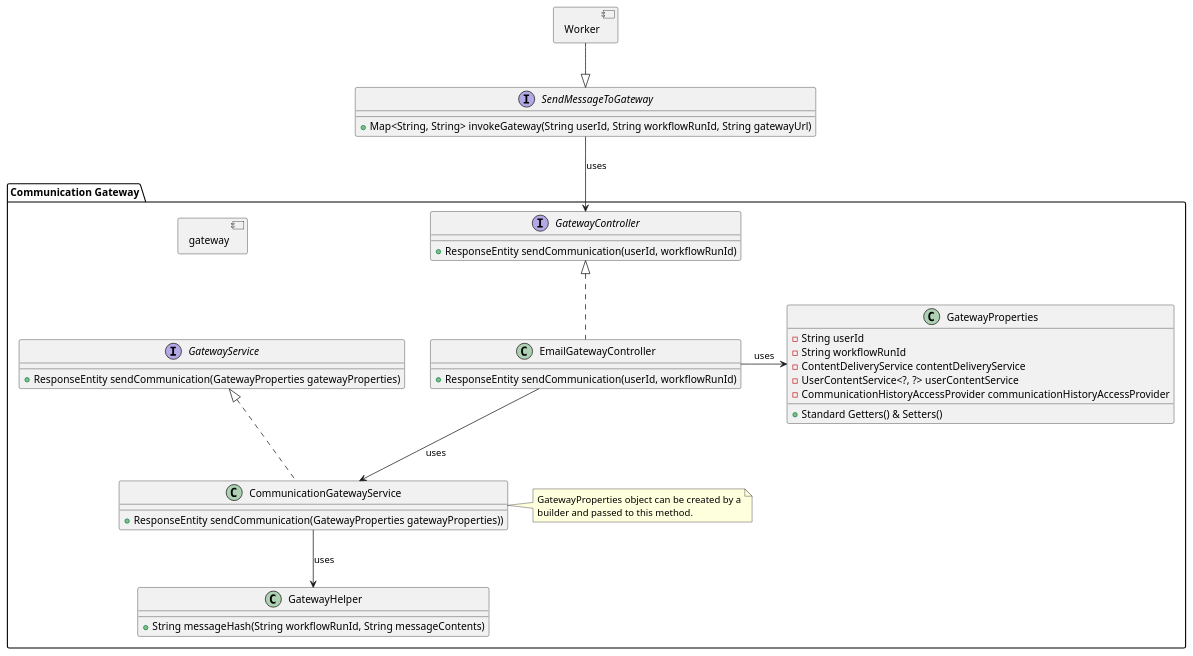
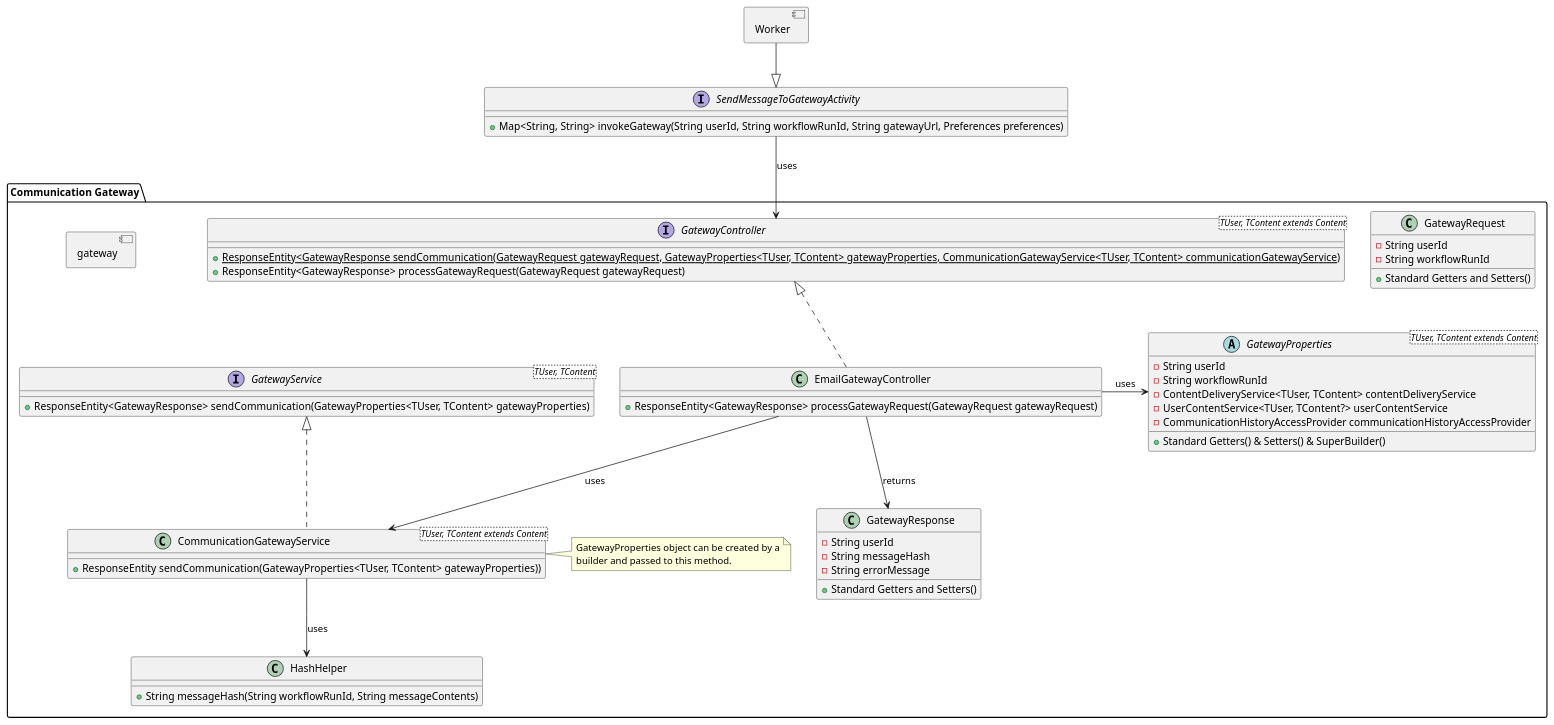
The diagram in Designs/System Context/Components/GatewayInterfacesEmailGatewayController.puml (CameronWard301/communication_scheduler), drawn with PlantUML before and after one commit. The commit also changed 40 other files, not shown here.

Commit message:
Updated diagrams and images

```diff
--- a/Designs/System Context/Components/GatewayInterfacesEmailGatewayController.puml
+++ b/Designs/System Context/Components/GatewayInterfacesEmailGatewayController.puml
@@ -1,59 +1,75 @@
 @startuml Gateway Interfaces
 
 component Worker {
 }
 
-interface SendMessageToGateway {
-    + Map<String, String> invokeGateway(String userId, String workflowRunId, String gatewayUrl)
+interface SendMessageToGatewayActivity {
+    + Map<String, String> invokeGateway(String userId, String workflowRunId, String gatewayUrl, Preferences preferences)
 }
 
 package "Communication Gateway" as communicationGateway {
     component gateway {
 
     }
 
 
-    class GatewayHelper {
+    class HashHelper {
         + String messageHash(String workflowRunId, String messageContents)
     }
 
 
+    class GatewayRequest {
+        - String userId
+        - String workflowRunId
+        + Standard Getters and Setters()
+    }
 
-    interface GatewayController {
-        + ResponseEntity sendCommunication(userId, workflowRunId)
+    class GatewayResponse {
+        - String userId
+        - String messageHash
+        - String errorMessage
+        + Standard Getters and Setters()
+    }
+
+
+    interface GatewayController <TUser, TContent extends Content>{
+        + {static} ResponseEntity<GatewayResponse sendCommunication(GatewayRequest gatewayRequest, GatewayProperties<TUser, TContent> gatewayProperties, CommunicationGatewayService<TUser, TContent> communicationGatewayService)
+        + ResponseEntity<GatewayResponse> processGatewayRequest(GatewayRequest gatewayRequest)
     }
 
     class EmailGatewayController implements GatewayController {
-        + ResponseEntity sendCommunication(userId, workflowRunId)
+        + ResponseEntity<GatewayResponse> processGatewayRequest(GatewayRequest gatewayRequest)
     }
 
-    class GatewayProperties {
+    abstract class GatewayProperties <TUser, TContent extends Content> {
         - String userId
         - String workflowRunId
-        - ContentDeliveryService contentDeliveryService
-        - UserContentService<?, ?> userContentService
+        - ContentDeliveryService<TUser, TContent> contentDeliveryService
+        - UserContentService<TUser, TContent?> userContentService
         - CommunicationHistoryAccessProvider communicationHistoryAccessProvider
-        + Standard Getters() & Setters()
+        + Standard Getters() & Setters() & SuperBuilder()
     }
 
-    interface GatewayService {
-        + ResponseEntity sendCommunication(GatewayProperties gatewayProperties)
+    interface GatewayService <TUser, TContent>{
+        + ResponseEntity<GatewayResponse> sendCommunication(GatewayProperties<TUser, TContent> gatewayProperties)
     }
 
-    class CommunicationGatewayService implements GatewayService{
-        + ResponseEntity sendCommunication(GatewayProperties gatewayProperties))
+    class CommunicationGatewayService<TUser, TContent extends Content> implements GatewayService {
+        + ResponseEntity sendCommunication(GatewayProperties<TUser, TContent> gatewayProperties))
     }
+
     note right of CommunicationGatewayService
         GatewayProperties object can be created by a
         builder and passed to this method.
     end note
 
-    CommunicationGatewayService --> GatewayHelper: uses
+    CommunicationGatewayService --> HashHelper: uses
     EmailGatewayController --> CommunicationGatewayService: uses
     EmailGatewayController -> GatewayProperties: uses
-    Worker --|> SendMessageToGateway
-    SendMessageToGateway --> GatewayController: uses
+    Worker --|> SendMessageToGatewayActivity
+    SendMessageToGatewayActivity --> GatewayController: uses
+    EmailGatewayController -d-> GatewayResponse: returns
 }
 
 
 @enduml
```
